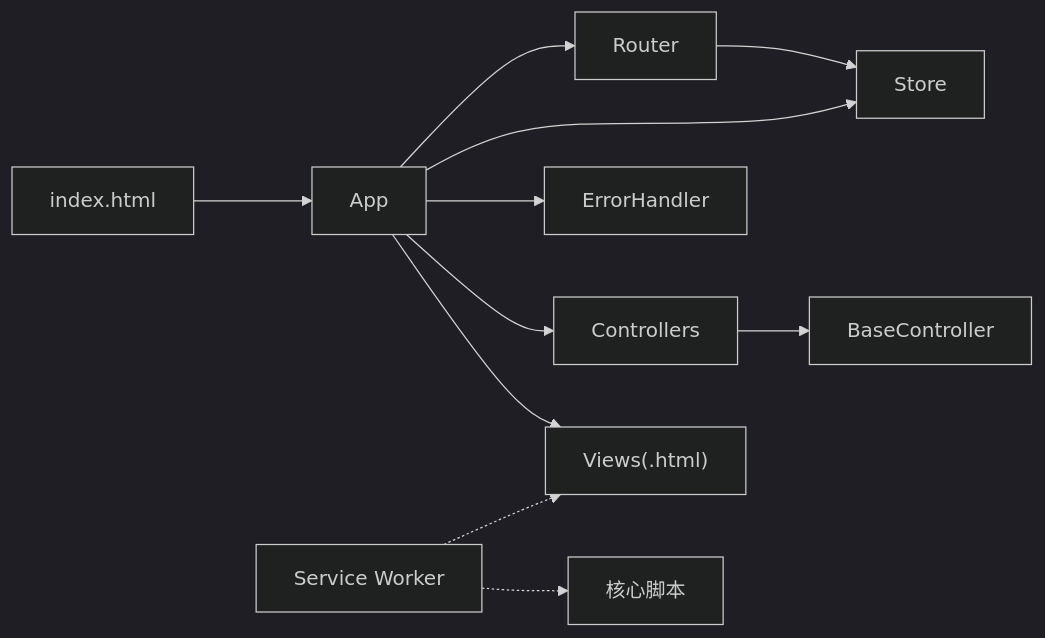
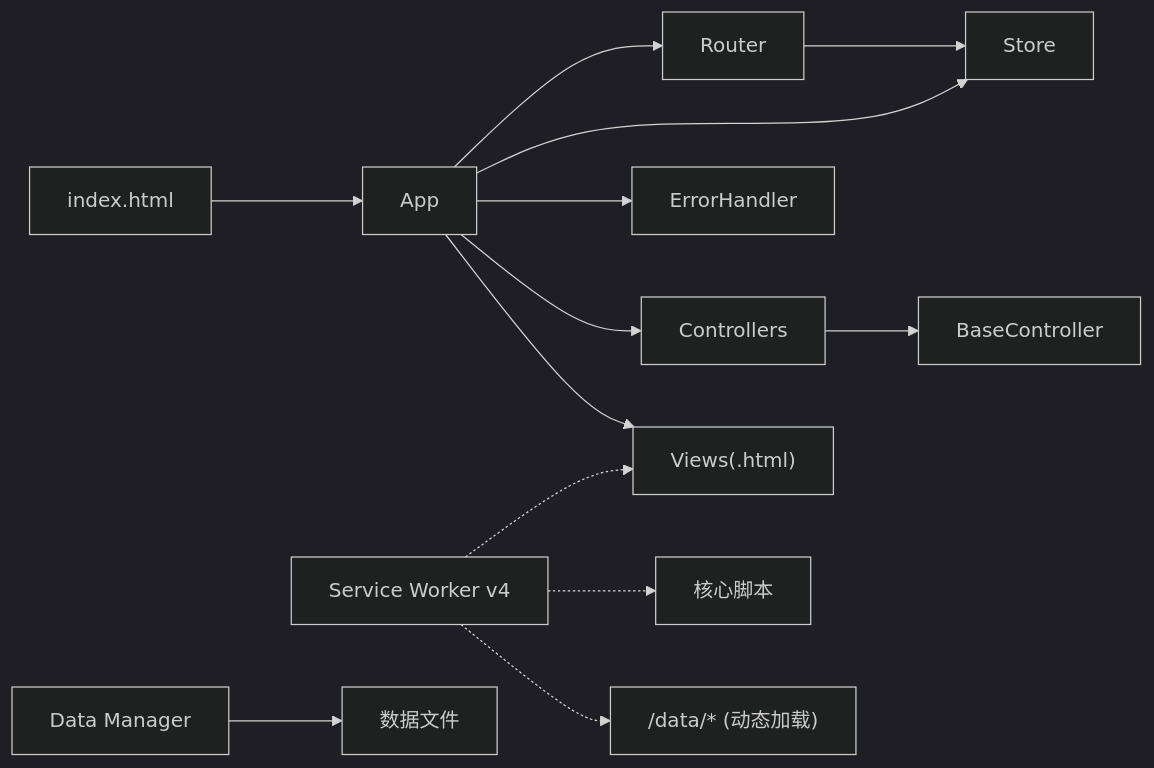
Before and after one commit to jeankeim/wuxing-fashion: the fifth of 5 diagrams in .qoder/repowiki/zh/content/架构设计/动态加载机制.md, drawn with Mermaid (dark theme). The commit also changed other lines of this file and 27 other files, not shown here.

````diff
--- a/.qoder/repowiki/zh/content/架构设计/动态加载机制.md
+++ b/.qoder/repowiki/zh/content/架构设计/动态加载机制.md
@@ -239,13 +268,15 @@
 ```mermaid
 graph LR
 App["App"] --> Router["Router"]
 App --> Store["Store"]
 App --> ErrorHandler["ErrorHandler"]
 App --> Controllers["Controllers"]
 Controllers --> BaseController["BaseController"]
 Router --> Store
 App --> Views["Views(.html)"]
 Index["index.html"] --> App
-SW["Service Worker"] -.-> Views
+SW["Service Worker v4"] -.-> Views
 SW -.-> Scripts["核心脚本"]
+SW -.-> Data["/data/* (动态加载)"]
+DM["Data Manager"] --> DataFiles["数据文件"]
 ```
````
